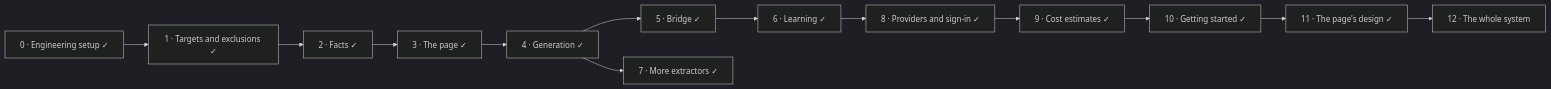
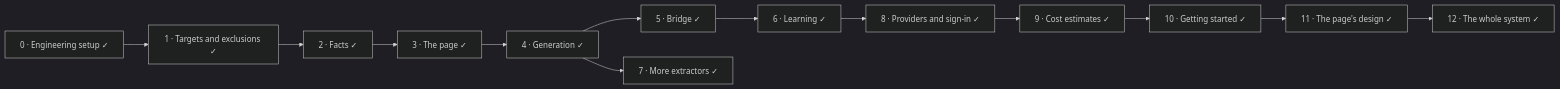
One commit to mohamed-abdelsattar92/codetrail changed the fifth of 5 diagrams in README.md. Above: the diagram before and after it, drawn with Mermaid (dark theme). The commit also changed other lines of this file and 2 other files, not shown here.

First line of the commit message:
docs(docs): show the system page, and mark phase 12 done

````diff
--- a/README.md
+++ b/README.md
@@ -236,15 +241,15 @@
 ```mermaid
 flowchart LR
     P0["0 · Engineering setup ✓"] --> P1["1 · Targets and exclusions ✓"]
     P1 --> P2["2 · Facts ✓"]
     P2 --> P3["3 · The page ✓"]
     P3 --> P4["4 · Generation ✓"]
     P4 --> P5["5 · Bridge ✓"]
     P5 --> P6["6 · Learning ✓"]
     P4 --> P7["7 · More extractors ✓"]
     P6 --> P8["8 · Providers and sign-in ✓"]
     P8 --> P9["9 · Cost estimates ✓"]
     P9 --> P10["10 · Getting started ✓"]
     P10 --> P11["11 · The page's design ✓"]
-    P11 --> P12["12 · The whole system"]
+    P11 --> P12["12 · The whole system ✓"]
 ```
````
